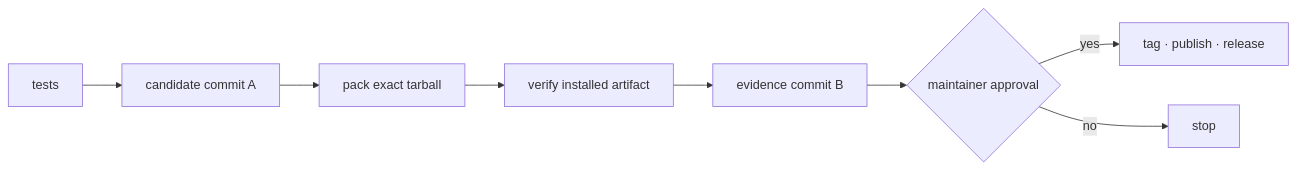
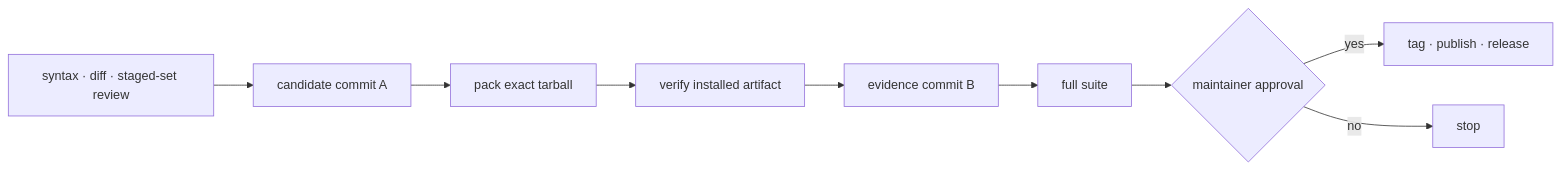
The diagram in docs/RELEASING.md (automatis-tools/agents-can-communicate), drawn with Mermaid before and after one commit. The commit also changed other lines of this file and 1 other file, not shown here.

Commit message:
docs: fix release candidate workflow

````diff
--- a/docs/RELEASING.md
+++ b/docs/RELEASING.md
@@ -7,10 +7,11 @@
 ```mermaid
 graph LR
-  A[tests] --> B[candidate commit A]
+  A[syntax · diff · staged-set review] --> B[candidate commit A]
   B --> C[pack exact tarball]
   C --> D[verify installed artifact]
   D --> E[evidence commit B]
-  E --> F{maintainer approval}
-  F -->|yes| G[tag · publish · release]
-  F -->|no| H[stop]
+  E --> F[full suite]
+  F --> G{maintainer approval}
+  G -->|yes| H[tag · publish · release]
+  G -->|no| I[stop]
 ```
````
